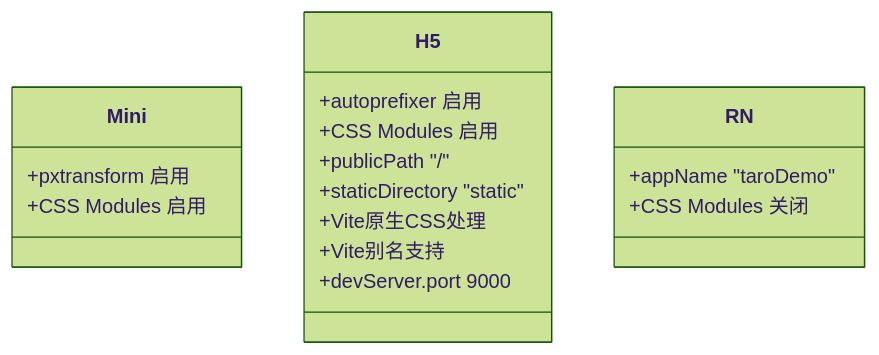
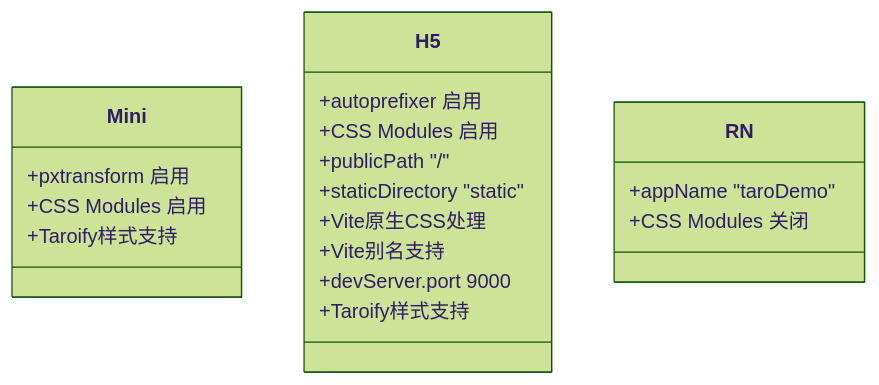
Diagram 12 of 14 in .qoder/repowiki/zh/content/架构设计/构建配置系统.md (zuolinbao/redbook), drawn with Mermaid (forest theme) before and after one commit. The commit also changed other lines of this file and 20 other files, not shown here.

````diff
--- a/.qoder/repowiki/zh/content/架构设计/构建配置系统.md
+++ b/.qoder/repowiki/zh/content/架构设计/构建配置系统.md
@@ -286,20 +392,22 @@
 ```mermaid
 classDiagram
 class Mini {
 +pxtransform 启用
 +CSS Modules 启用
++Taroify样式支持
 }
 class H5 {
 +autoprefixer 启用
 +CSS Modules 启用
 +publicPath "/"
 +staticDirectory "static"
 +Vite原生CSS处理
 +Vite别名支持
 +devServer.port 9000
++Taroify样式支持
 }
 class RN {
 +appName "taroDemo"
 +CSS Modules 关闭
 }
 ```
````
